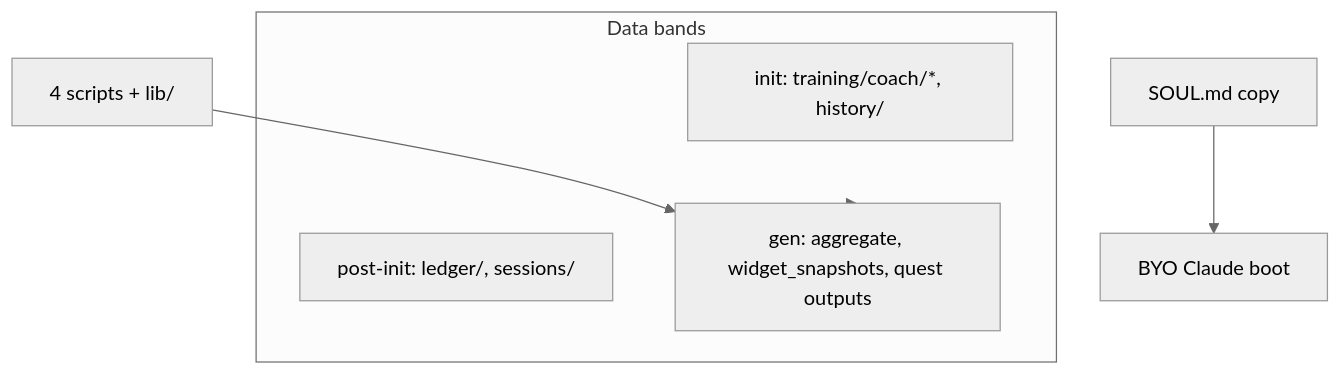
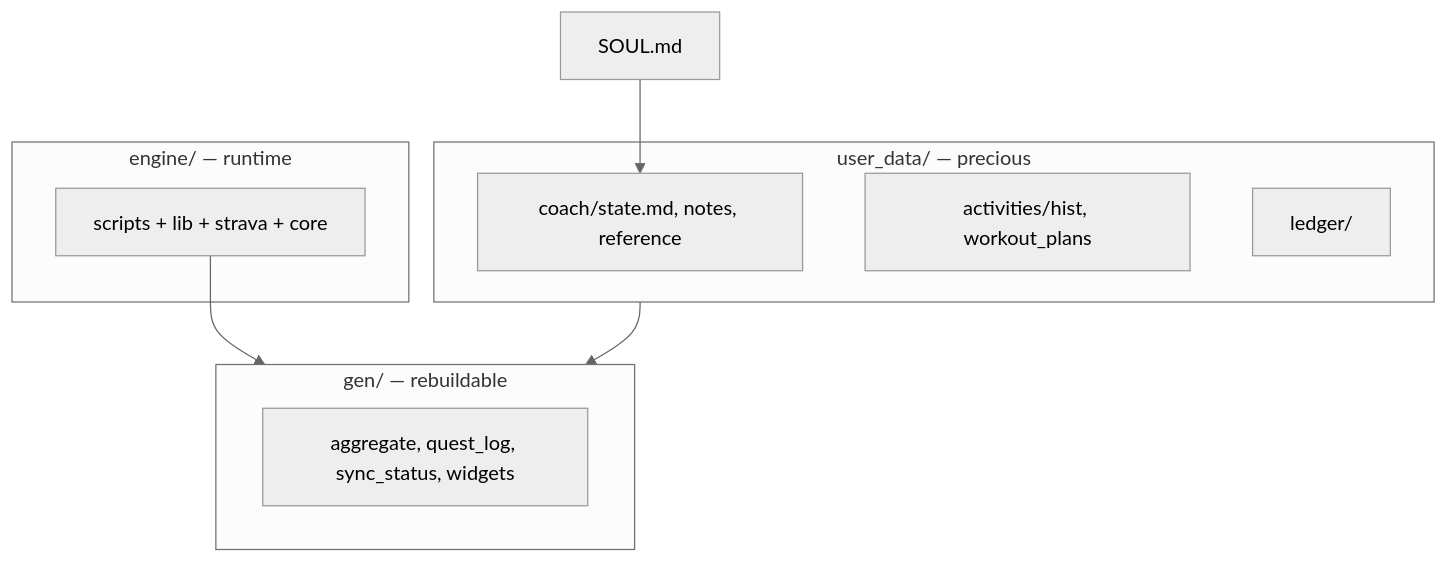
The diagram in engine/README.md (sibling-shipyard/coach-hq), drawn with Mermaid (neutral theme) before and after one commit. The commit also changed other lines of this file and 3 other files, not shown here.

````diff
--- a/engine/README.md
+++ b/engine/README.md
@@ -20,13 +30,17 @@
 ```mermaid
 flowchart TB
-  subgraph data["Data bands"]
-    init["init: training/coach/*, history/"]
-    post["post-init: ledger/, sessions/"]
-    gen["gen: aggregate, widget_snapshots, quest outputs"]
+  subgraph engine["engine/ — runtime"]
+    scripts["scripts + lib + strava + core"]
   end
-  soul["SOUL.md copy"]
-  scripts["4 scripts + lib/"]
-  data --> gen
+  subgraph gen["gen/ — rebuildable"]
+    out["aggregate, quest_log, sync_status, widgets"]
+  end
+  subgraph ud["user_data/ — precious"]
+    coach["coach/state.md, notes, reference"]
+    act["activities/hist, workout_plans"]
+    ledger["ledger/"]
+  end
+  soul["SOUL.md"] --> coach
   scripts --> gen
-  soul --> boot["BYO Claude boot"]
+  ud --> gen
 ```
````
